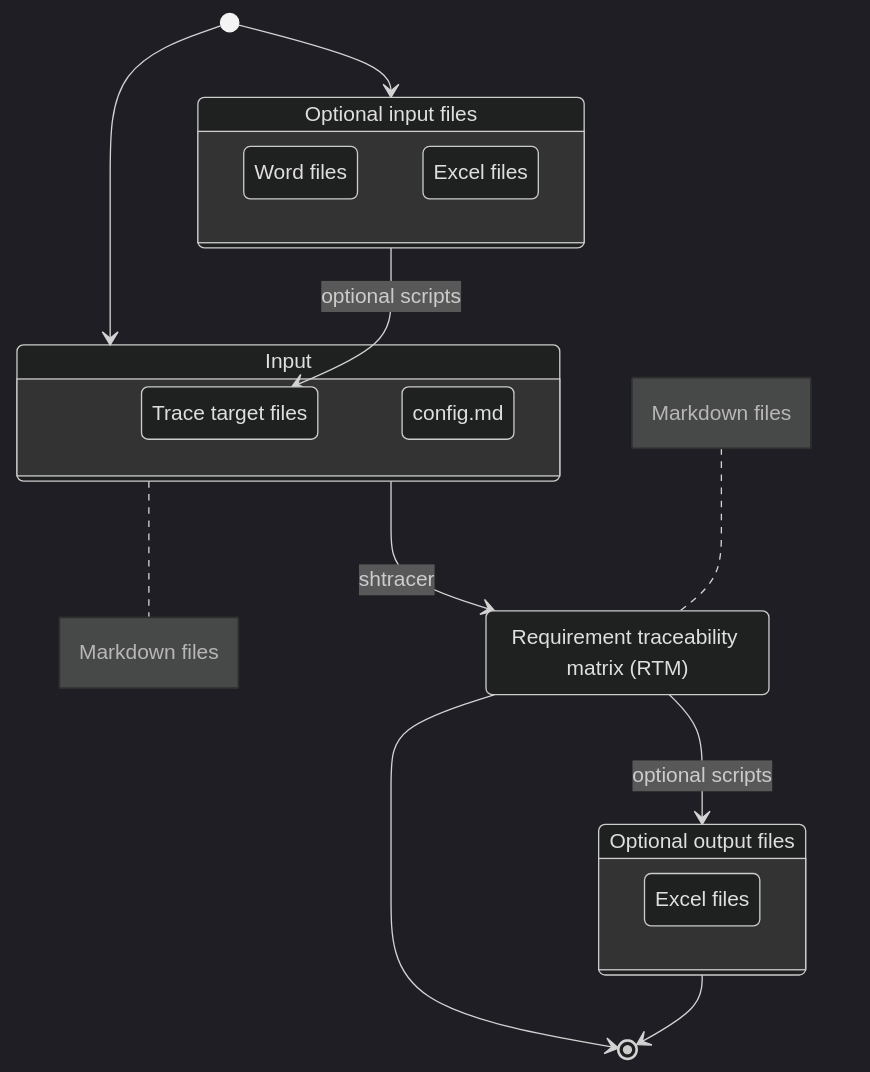
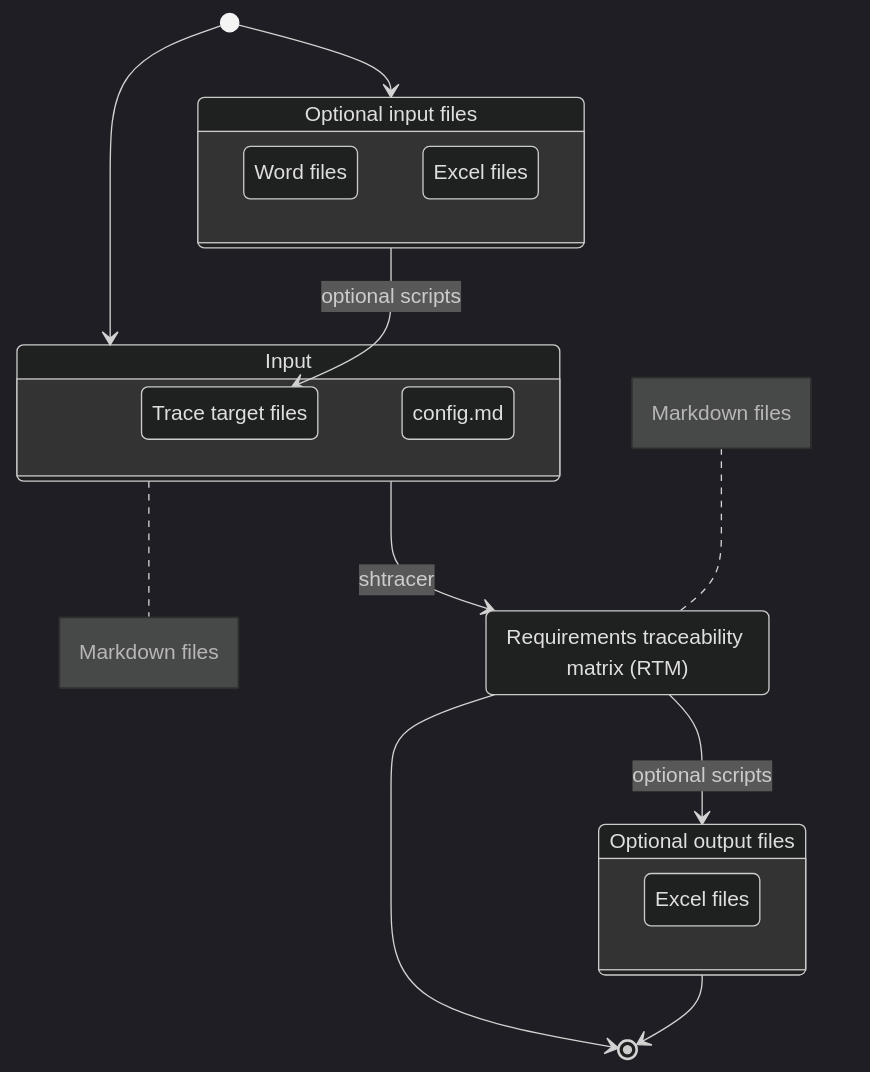
Before and after one commit to qq3g7bad/shtracer: the first of 2 diagrams in docs/02_architecture.md, drawn with Mermaid (dark theme). The commit also changed 2 other files, not shown here.

Commit message:
fix(docs): write abbreviations correctly

````diff
--- a/docs/02_architecture.md
+++ b/docs/02_architecture.md
@@ -18,38 +18,38 @@
 ```mermaid
 stateDiagram
 
-rtm:Requirement traceability matrix (RTM)
+rtm:Requirements traceability matrix (RTM)
 
 input:Input
 opt_input:Optional input files
 opt_output:Optional output files
 
 state input {
   targetfiles:Trace target files
   config:config.md
 }
 state opt_input {
   wordinput:Word files
   excelinput:Excel files
 }
 state opt_output {
   exceloutput:Excel files
 }
 
 note right of input
   Markdown files
 end note
 
 [*] --> input
 [*] --> opt_input
 opt_input --> targetfiles : optional scripts
 
 input --> rtm : shtracer
 note left of rtm
   Markdown files
 end note
 
 rtm --> [*]
 rtm --> opt_output : optional scripts
 opt_output --> [*]
 ```
````
